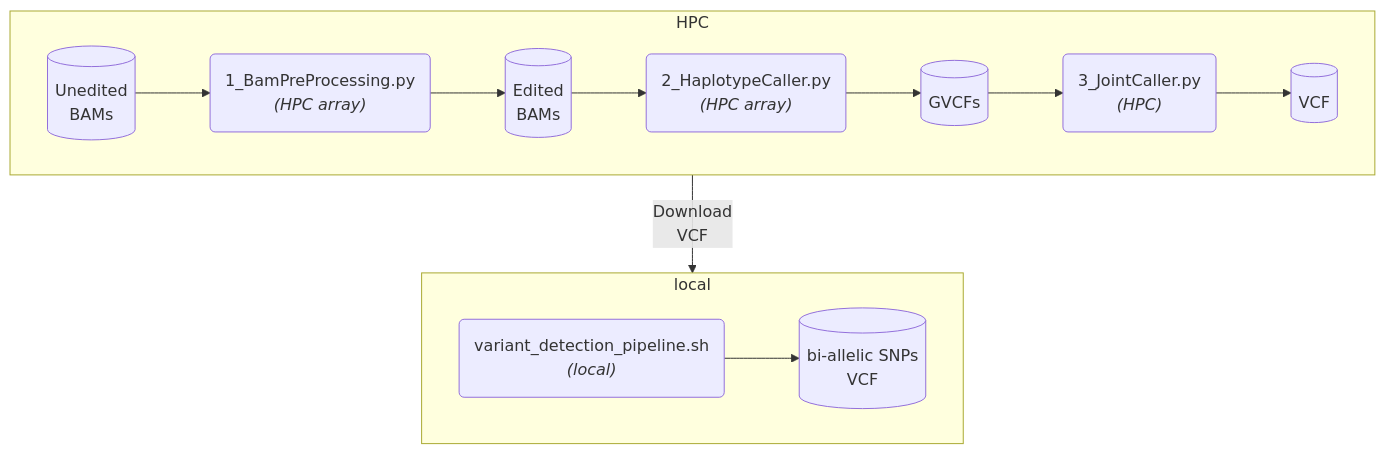
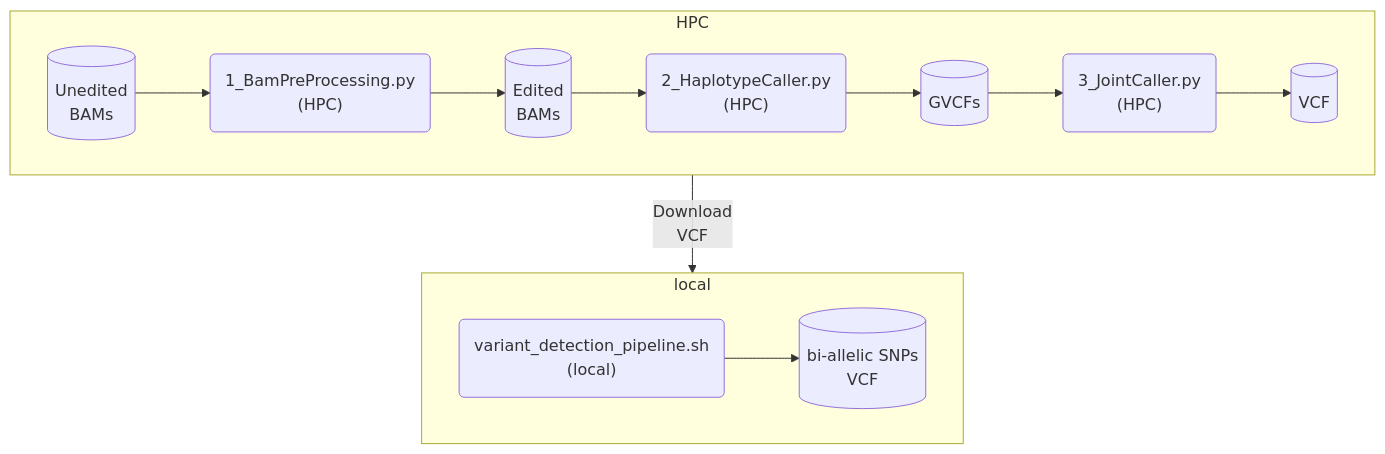
Before and after one commit to charlesrocabert/Tribolium-castaneum-transcriptomics-pipeline: the second of 12 diagrams in README.md, drawn with Mermaid. The commit also changed other lines of this file, not shown here.

````diff
--- a/README.md
+++ b/README.md
@@ -233,17 +233,17 @@
 ```mermaid
 flowchart TB
 subgraph HPC
 direction LR
-A[("Unedited<br/>BAMs")] --> B("1_BamPreProcessing.py<br/><em>(HPC array)</em>")
+A[("Unedited<br/>BAMs")] --> B("1_BamPreProcessing.py<br/>(HPC)")
 B --> C[("Edited<br/>BAMs")]
-C --> D("2_HaplotypeCaller.py<br/><em>(HPC array)</em>")
+C --> D("2_HaplotypeCaller.py<br/>(HPC)")
 D --> E[("GVCFs")]
-E --> F("3_JointCaller.py<br/><em>(HPC)</em>")
+E --> F("3_JointCaller.py<br/>(HPC)")
 F --> G[("VCF")]
 end
 subgraph local
 direction LR
-H("variant_detection_pipeline.sh<br/><em>(local)</em>") --> I[("bi-allelic SNPs<br/>VCF")]
+H("variant_detection_pipeline.sh<br/>(local)") --> I[("bi-allelic SNPs<br/>VCF")]
 end
 HPC --> |"Download<br/>VCF"| local
 ```
````
